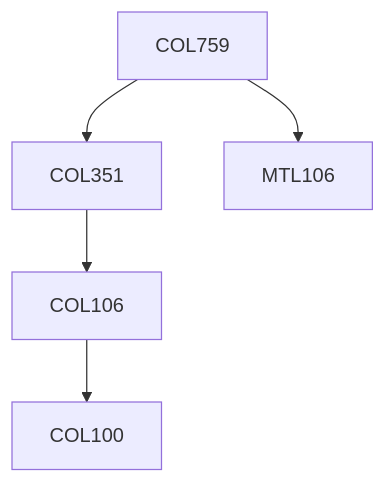
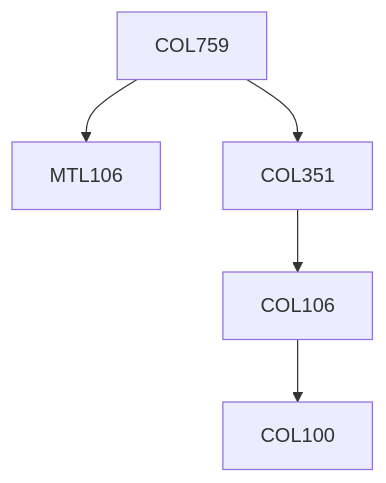
The diagram in content/Computer Science and Engineering/COL759.md (KeshavBansal0122/CoS_Website), drawn with Mermaid before and after one commit. The commit also changed other lines of this file and 392 other files, not shown here.

````diff
--- a/content/Computer Science and Engineering/COL759.md
+++ b/content/Computer Science and Engineering/COL759.md
@@ -17,11 +17,11 @@
 ```mermaid
 flowchart TD
 COL759-217[COL759]
-COL759-217 --> COL351-217[COL351]
-COL351-217 --> COL106-217[COL106]
 COL759-217 --> MTL106-217[MTL106]
 COL106-217 --> COL100-217[COL100]
+COL351-217 --> COL106-217[COL106]
+COL759-217 --> COL351-217[COL351]
 
 classDef empty height:17px, fill:transparent, stroke:transparent;
 classDef trueEmpty height:0px, width:0px;
 ```
````
